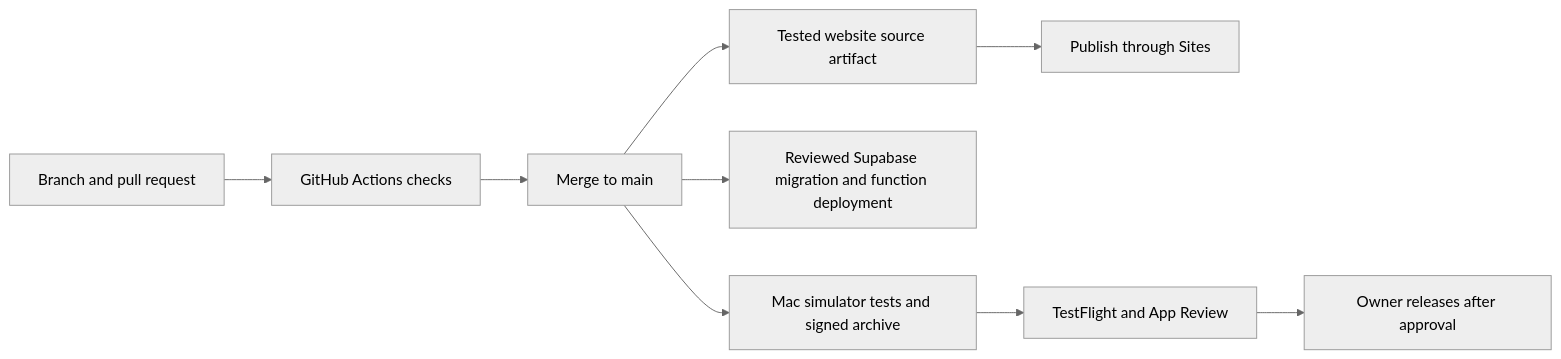
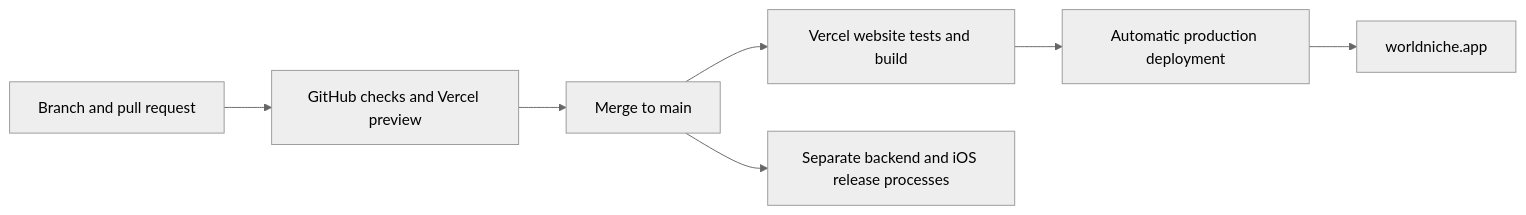
The diagram in docs/deployment.md (RedaB2/WorldNiche), drawn with Mermaid (neutral theme) before and after one commit. The commit also changed other lines of this file and 11 other files, not shown here.

Commit message:
Connect production hosting and verify live website deployments

````diff
--- a/docs/deployment.md
+++ b/docs/deployment.md
@@ -18,11 +18,9 @@
 ```mermaid
 flowchart LR
-  A[Branch and pull request] --> B[GitHub Actions checks]
+  A[Branch and pull request] --> B[GitHub checks and Vercel preview]
   B --> C[Merge to main]
-  C --> D[Tested website source artifact]
-  D --> E[Publish through Sites]
-  C --> F[Reviewed Supabase migration and function deployment]
-  C --> G[Mac simulator tests and signed archive]
-  G --> H[TestFlight and App Review]
-  H --> I[Owner releases after approval]
+  C --> D[Vercel website tests and build]
+  D --> E[Automatic production deployment]
+  E --> F[worldniche.app]
+  C --> G[Separate backend and iOS release processes]
 ```
````
